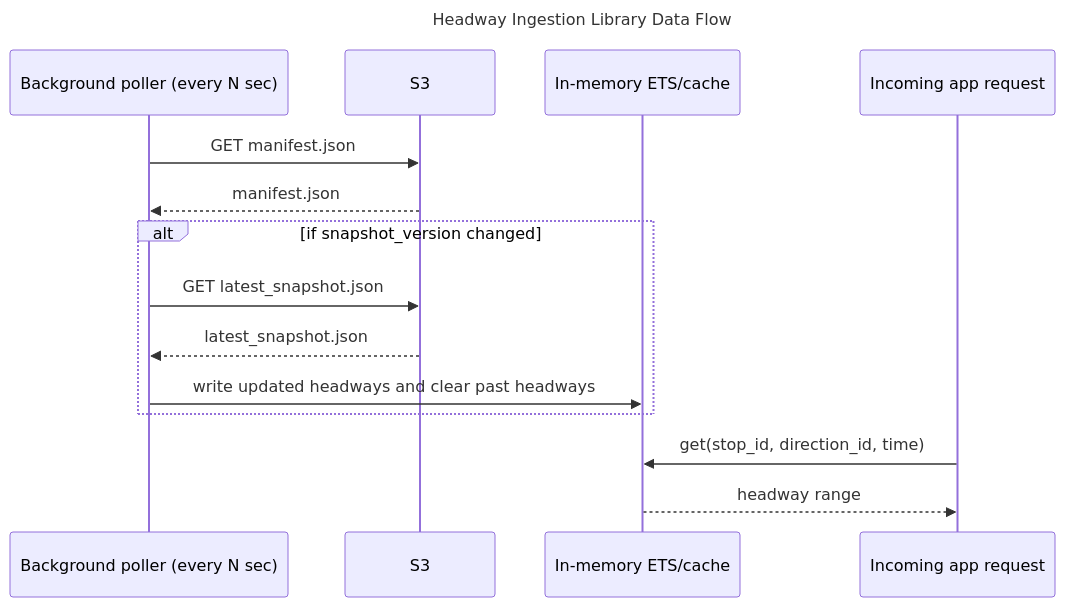
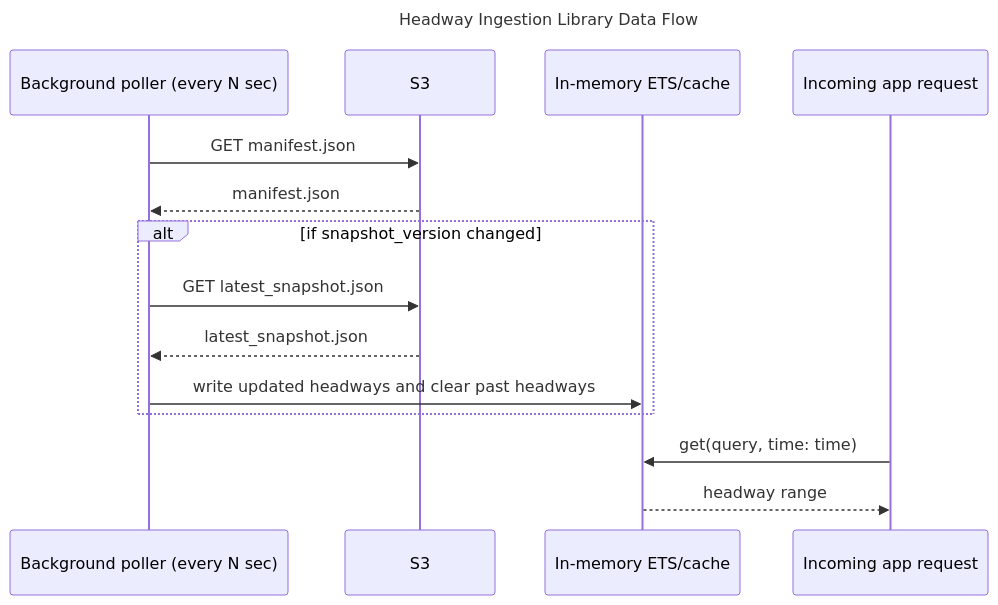
The second of 2 diagrams in rfcs/0036-shared-headways-library.md (mbta/technology-docs), drawn with Mermaid before and after one commit. The commit also changed other lines of this file, not shown here.

````diff
--- a/rfcs/0036-shared-headways-library.md
+++ b/rfcs/0036-shared-headways-library.md
@@ -325,19 +358,19 @@
 ```mermaid
 sequenceDiagram
   title Headway Ingestion Library Data Flow
   participant Poller as Background poller (every N sec)
   participant S3
   participant Cache as In-memory ETS/cache
   participant Req as Incoming app request
 
   Poller->>S3: GET manifest.json
   S3-->>Poller: manifest.json
 
   alt if snapshot_version changed
     Poller->>S3: GET latest_snapshot.json
     S3-->>Poller: latest_snapshot.json
     Poller->>Cache: write updated headways and clear past headways
   end
-  Req->>Cache: get(stop_id, direction_id, time)
+  Req->>Cache: get(query, time: time)
   Cache-->>Req: headway range
 ```
````
